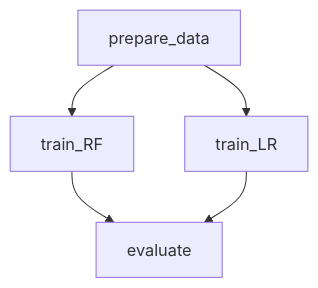
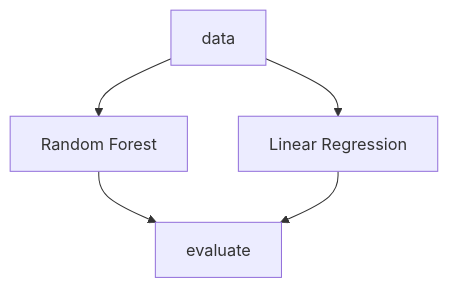
Before and after one commit to mnrozhkov/dvc-patterns: the diagram in pipelines/parallel-stages/README.md, drawn with Mermaid. The commit also changed other lines of this file and 2 other files, not shown here.

````diff
--- a/pipelines/parallel-stages/README.md
+++ b/pipelines/parallel-stages/README.md
@@ -7,7 +7,7 @@
 ```mermaid
 graph TD;
-    prepare_data --> train_RF["train_RF"];
-    prepare_data --> train_LR["train_LR"];
-    train_RF --> evaluate;
-    train_LR --> evaluate;
+    data --> train_rf["Random Forest"];
+    data --> train_lr["Linear Regression"];
+    train_rf --> evaluate;
+    train_lr --> evaluate;
 ```
````
